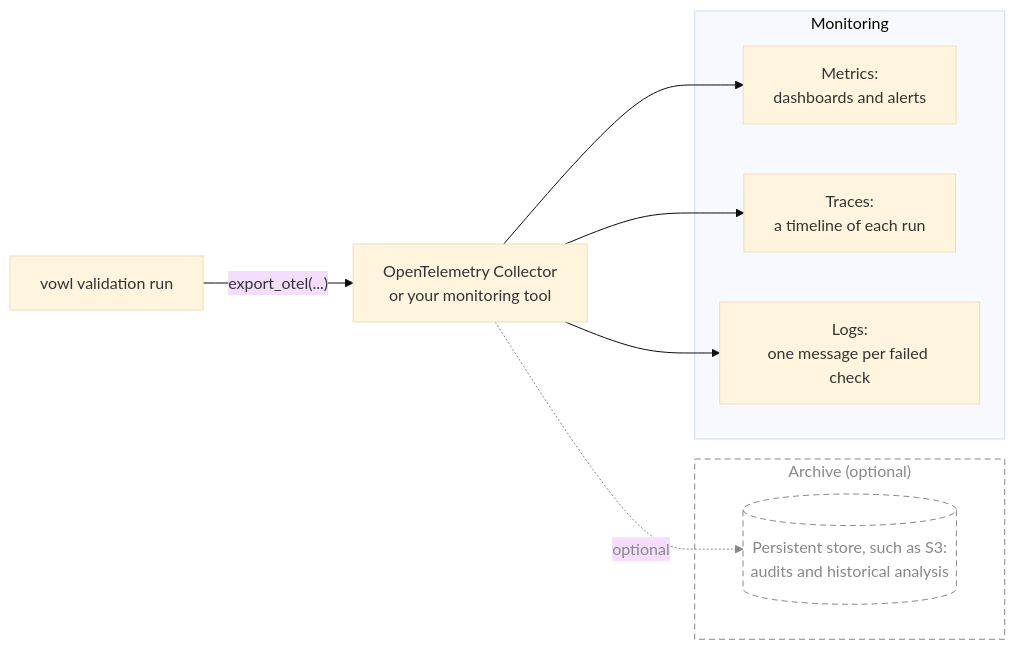
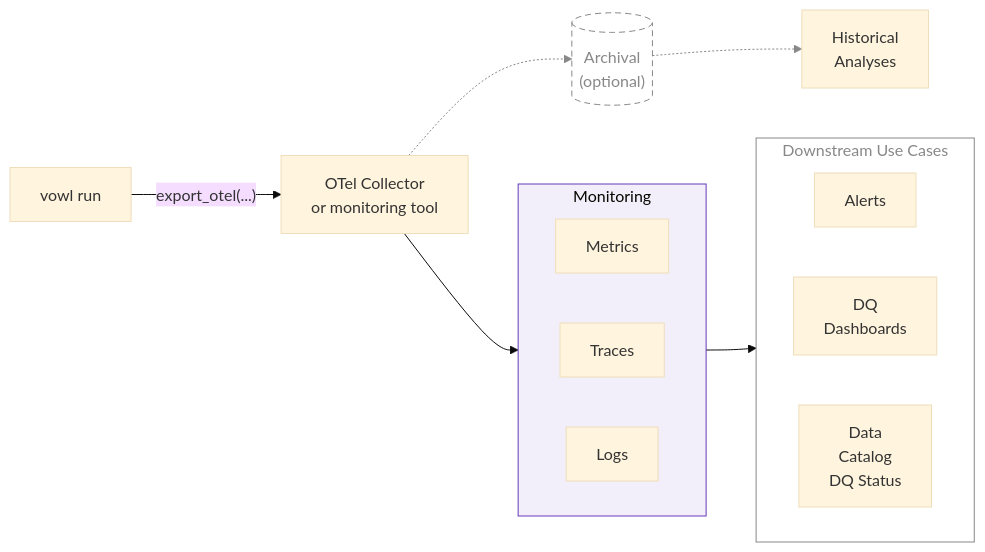
Before and after one commit to govtech-data-practice/vowl: the diagram in docs/dq-metrics/otel-export.md, drawn with Mermaid (base theme). The commit also changed other lines of this file and 35 other files, not shown here.

First line of the commit message:
feat(dq-metrics)!: check-level row.count uses attributed rows, add scalar_count

````diff
--- a/docs/dq-metrics/otel-export.md
+++ b/docs/dq-metrics/otel-export.md
@@ -21,19 +19,29 @@
 ```mermaid
 flowchart LR
-    vowl["vowl validation run"] -->|"export_otel(...)"| collector["OpenTelemetry Collector<br/>or your monitoring tool"]
-    subgraph longterm["Archive (optional)"]
-        archive[("Persistent store, such as S3:<br/>audits and historical analysis")]
+    vowl["vowl run"] -->|"export_otel(...)"| collector["OTel Collector<br/>or monitoring tool"]
+    subgraph live["Monitoring"]
+        direction LR
+        metrics["Metrics"]
+        traces["Traces"]
+        logs["Logs"]
     end
-    subgraph live["Monitoring"]
-        metrics["Metrics:<br/>dashboards and alerts"]
-        traces["Traces:<br/>a timeline of each run"]
-        logs["Logs:<br/>one message per failed check"]
+    archive[("Archival<br/>(optional)")]
+
+    collector --> live
+    collector -.-> archive
+    subgraph usecases["Downstream Use Cases"]
+        direction LR
+        alerts["Alerts"]
+        dashboards["DQ<br/>Dashboards"]
+        catalog["Data<br/>Catalog<br/>DQ Status"]
     end
-    collector --> metrics
-    collector --> traces
-    collector --> logs
-    collector -.->|"optional"| archive
-    style longterm fill:transparent,stroke:#888,stroke-dasharray:6 4,color:#888
+        history["Historical<br/>Analyses"]
+    live --> usecases
+    archive -.-> history
+    archive ~~~ catalog
+    style live fill:#673ab714,stroke:#673ab7
     style archive fill:transparent,stroke:#888,stroke-dasharray:6 4,color:#888
+    style usecases fill:transparent,stroke:#888,color:#888
+    linkStyle 2 stroke:#888,color:#888
     linkStyle 4 stroke:#888,color:#888
 ```
````
